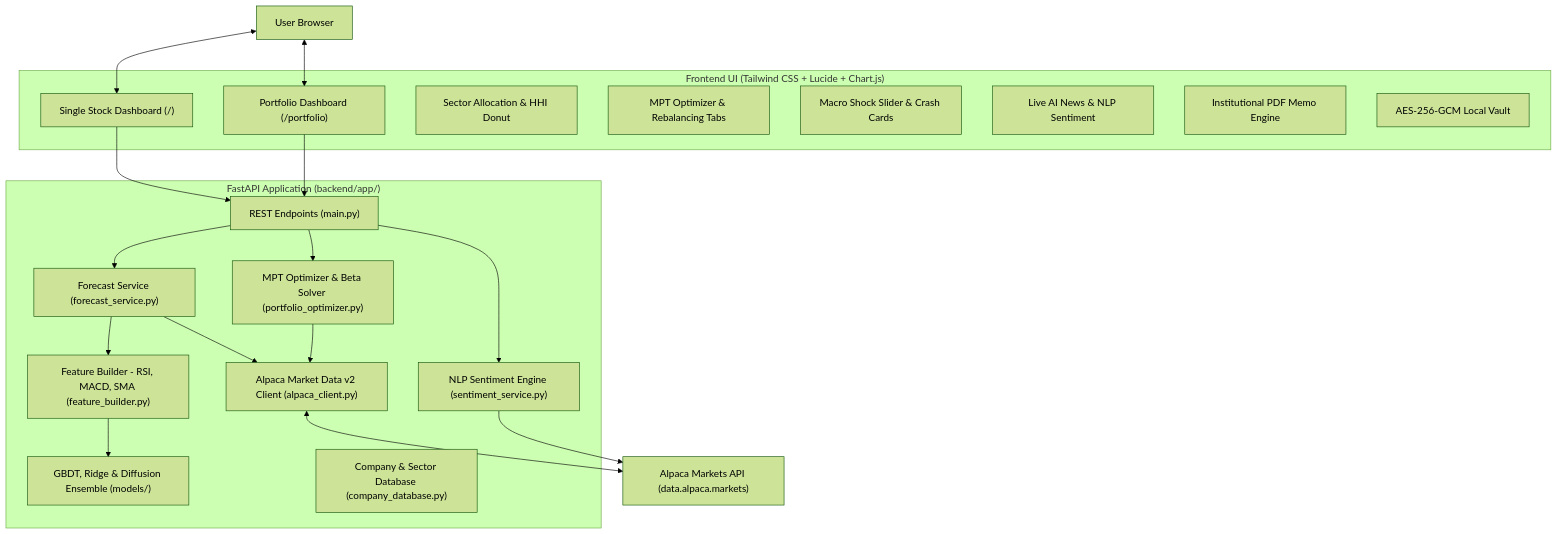
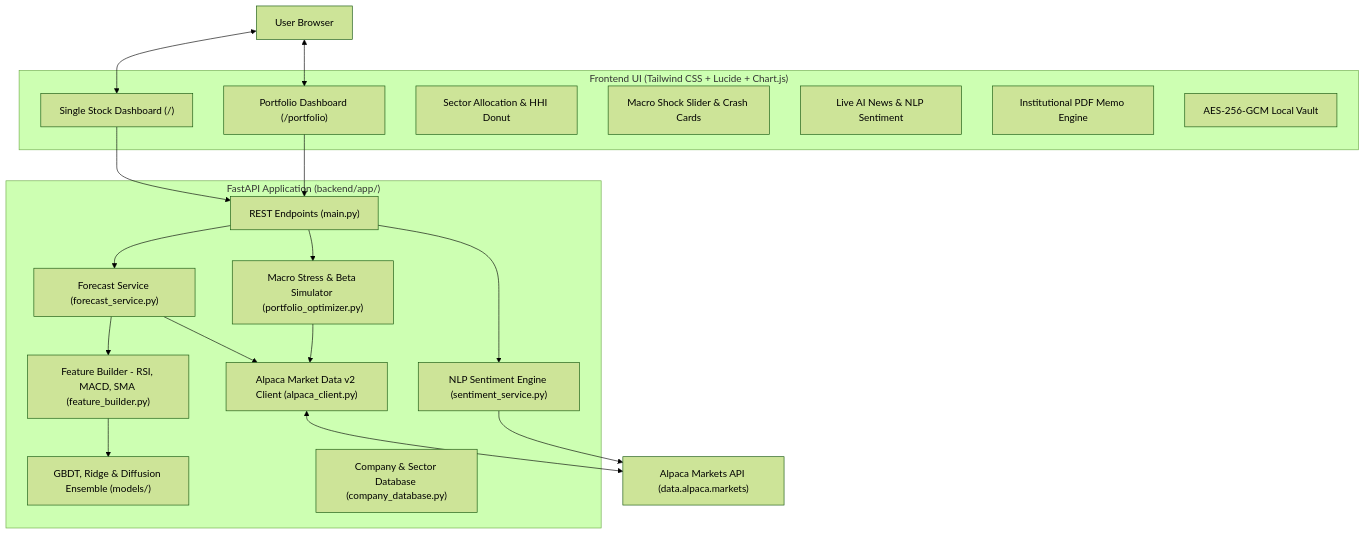
One commit to nik-khurana/stock-forecast changed the diagram in README.md. Above: the diagram before and after it, drawn with Mermaid (forest theme). The commit also changed other lines of this file and 7 other files, not shown here.

Commit message:
feat: handle unlisted pre-IPO stocks (ANT), remove MPT optimizer, and display Eastern Time

````diff
--- a/README.md
+++ b/README.md
@@ -76,42 +78,41 @@
 ```mermaid
 flowchart TD
     User["User Browser"]
     
     subgraph Frontend ["Frontend UI (Tailwind CSS + Lucide + Chart.js)"]
         SingleStock["Single Stock Dashboard (/)"]
         PortfolioDash["Portfolio Dashboard (/portfolio)"]
         SectorDonut["Sector Allocation & HHI Donut"]
-        OptimizerUI["MPT Optimizer & Rebalancing Tabs"]
         SimulatorUI["Macro Shock Slider & Crash Cards"]
         NewsUI["Live AI News & NLP Sentiment"]
         PDFExport["Institutional PDF Memo Engine"]
         VaultSec["AES-256-GCM Local Vault"]
     end
     
     subgraph Backend ["FastAPI Application (backend/app/)"]
         Router["REST Endpoints (main.py)"]
         ForecastSvc["Forecast Service (forecast_service.py)"]
-        OptimizerEngine["MPT Optimizer & Beta Solver (portfolio_optimizer.py)"]
+        StressEngine["Macro Stress & Beta Simulator (portfolio_optimizer.py)"]
         SentimentSvc["NLP Sentiment Engine (sentiment_service.py)"]
         FeatureEng["Feature Builder - RSI, MACD, SMA (feature_builder.py)"]
         MLModels["GBDT, Ridge & Diffusion Ensemble (models/)"]
         CompanyDB["Company & Sector Database (company_database.py)"]
         AlpacaClient["Alpaca Market Data v2 Client (alpaca_client.py)"]
     end
     
     AlpacaAPI["Alpaca Markets API (data.alpaca.markets)"]
 
     User <--> SingleStock
     User <--> PortfolioDash
     SingleStock --> Router
     PortfolioDash --> Router
     Router --> ForecastSvc
-    Router --> OptimizerEngine
+    Router --> StressEngine
     Router --> SentimentSvc
     ForecastSvc --> FeatureEng
     FeatureEng --> MLModels
     ForecastSvc --> AlpacaClient
-    OptimizerEngine --> AlpacaClient
+    StressEngine --> AlpacaClient
     SentimentSvc --> AlpacaAPI
     AlpacaClient <--> AlpacaAPI
 ```
````
